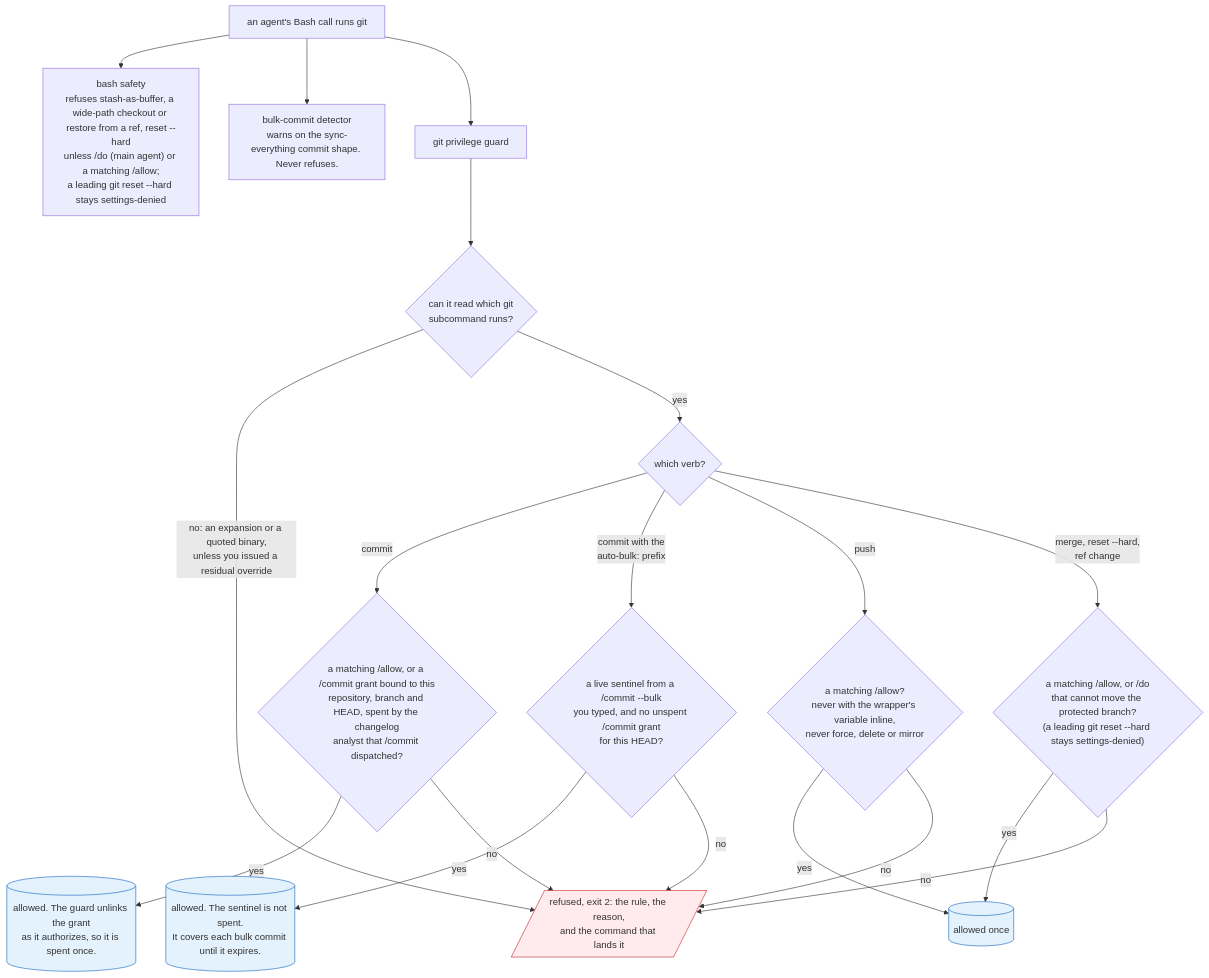
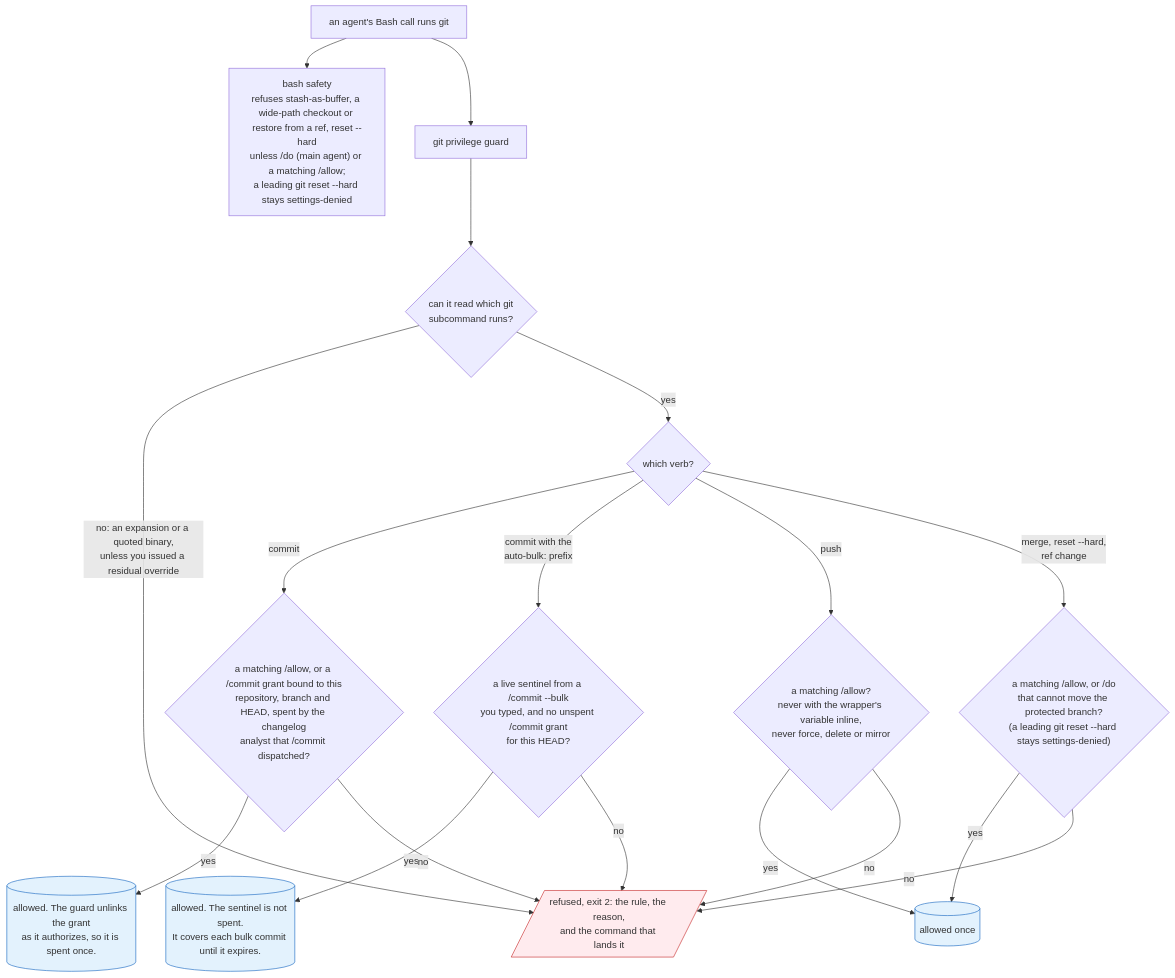
One commit to Yugoge/awesome-claude-harness changed the diagram in docs/git-protection-kernel.md. Above: the diagram before and after it, drawn with Mermaid. The commit also changed other lines of this file and 97 other files, not shown here.

````diff
--- a/docs/git-protection-kernel.md
+++ b/docs/git-protection-kernel.md
@@ -26,23 +26,22 @@
 ```mermaid
 flowchart TD
     B["an agent's Bash call runs git"] --> S["bash safety<br/>refuses stash-as-buffer, a wide-path checkout or restore from a ref, reset --hard<br/>unless /do (main agent) or a matching /allow;<br/>a leading git reset --hard stays settings-denied"]
-    B --> W["bulk-commit detector<br/>warns on the sync-everything commit shape. Never refuses."]
     B --> G["git privilege guard"]
     G --> L{"can it read which git<br/>subcommand runs?"}
     L -->|"no: an expansion or a quoted binary,<br/>unless you issued a residual override"| NO
     L -->|yes| V{which verb?}
     V -->|commit| C{"a matching /allow, or a /commit grant bound to this<br/>repository, branch and HEAD, spent by the changelog<br/>analyst that /commit dispatched?"}
     V -->|"commit with the<br/>auto-bulk: prefix"| K{"a live sentinel from a /commit --bulk<br/>you typed, and no unspent /commit grant<br/>for this HEAD?"}
     V -->|push| P{"a matching /allow?<br/>never with the wrapper's variable inline,<br/>never force, delete or mirror"}
     V -->|"merge, reset --hard,<br/>ref change"| R{"a matching /allow, or /do<br/>that cannot move the protected branch?<br/>(a leading git reset --hard stays settings-denied)"}
     C -->|yes| OK[("allowed. The guard unlinks the grant<br/>as it authorizes, so it is spent once.")]
     P -->|yes| OK2[("allowed once")]
     R -->|yes| OK2
     K -->|yes| OK3[("allowed. The sentinel is not spent.<br/>It covers each bulk commit until it expires.")]
     C & P & R & K -->|no| NO[/"refused, exit 2: the rule, the reason,<br/>and the command that lands it"/]
 
     classDef block fill:#ffebee,stroke:#c62828
     classDef ok fill:#e3f2fd,stroke:#1565c0
     class NO block
     class OK,OK2,OK3 ok
 ```
````
